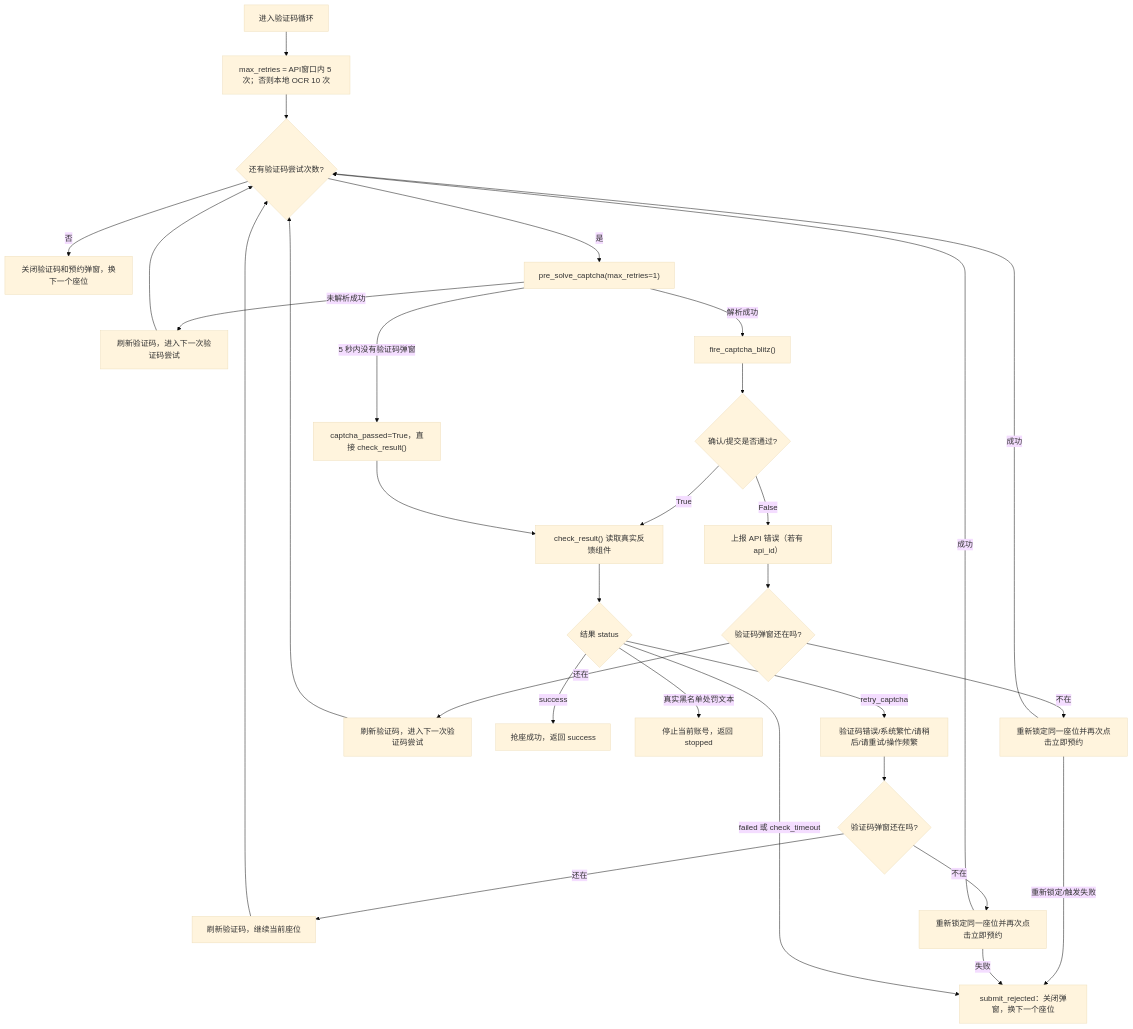
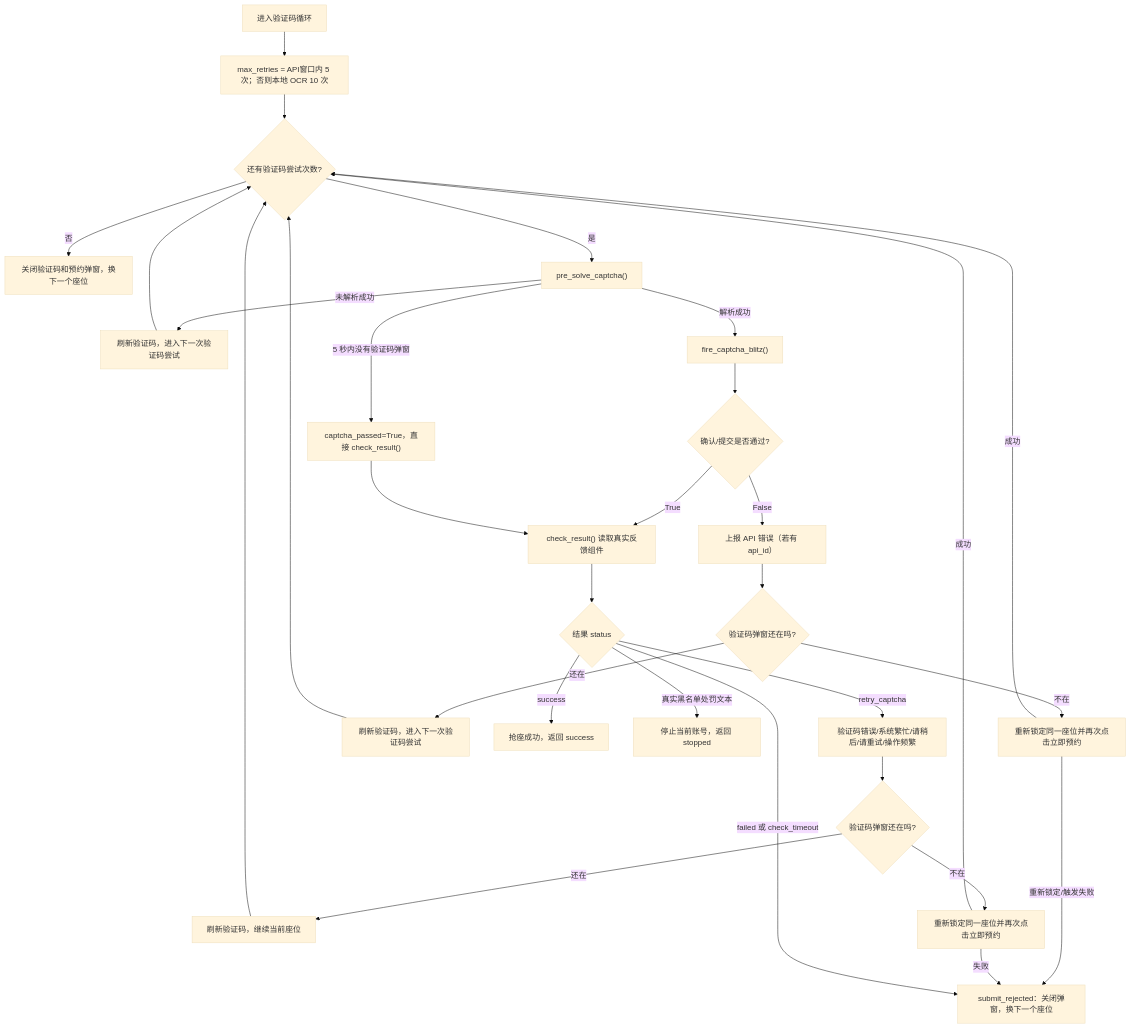
One commit to XUNRANA/LNU-LibSeat-Automation changed the seventh of 10 diagrams in docs/BOOKING_FLOWCHART.md. Above: the diagram before and after it, drawn with Mermaid (base theme). The commit also changed other lines of this file and 64 other files, not shown here.

````diff
--- a/docs/BOOKING_FLOWCHART.md
+++ b/docs/BOOKING_FLOWCHART.md
@@ -250,35 +230,35 @@
 ```mermaid
 flowchart TD
     A["进入验证码循环"] --> B["max_retries = API窗口内 5 次；否则本地 OCR 10 次"]
     B --> C{"还有验证码尝试次数?"}
     C -- "否" --> OUT1["关闭验证码和预约弹窗，换下一个座位"]
-    C -- "是" --> D["pre_solve_captcha(max_retries=1)"]
+    C -- "是" --> D["pre_solve_captcha()"]
 
     D -- "5 秒内没有验证码弹窗" --> E["captcha_passed=True，直接 check_result()"]
     D -- "未解析成功" --> D1["刷新验证码，进入下一次验证码尝试"]
     D1 --> C
     D -- "解析成功" --> F["fire_captcha_blitz()"]
 
     F --> G{"确认/提交是否通过?"}
     G -- "False" --> H["上报 API 错误（若有 api_id）"]
     H --> I{"验证码弹窗还在吗?"}
     I -- "不在" --> J["重新锁定同一座位并再次点击立即预约"]
     J -- "重新锁定/触发失败" --> OUT2["submit_rejected：关闭弹窗，换下一个座位"]
     J -- "成功" --> C
     I -- "还在" --> K["刷新验证码，进入下一次验证码尝试"]
     K --> C
 
     G -- "True" --> L["check_result() 读取真实反馈组件"]
     E --> L
     L --> M{"结果 status"}
     M -- "success" --> OUT3["抢座成功，返回 success"]
     M -- "真实黑名单处罚文本" --> OUT4["停止当前账号，返回 stopped"]
     M -- "retry_captcha" --> N["验证码错误/系统繁忙/请稍后/请重试/操作频繁"]
     N --> O{"验证码弹窗还在吗?"}
     O -- "还在" --> O1["刷新验证码，继续当前座位"]
     O1 --> C
     O -- "不在" --> O2["重新锁定同一座位并再次点击立即预约"]
     O2 -- "成功" --> C
     O2 -- "失败" --> OUT2
     M -- "failed 或 check_timeout" --> OUT2
 ```
````
